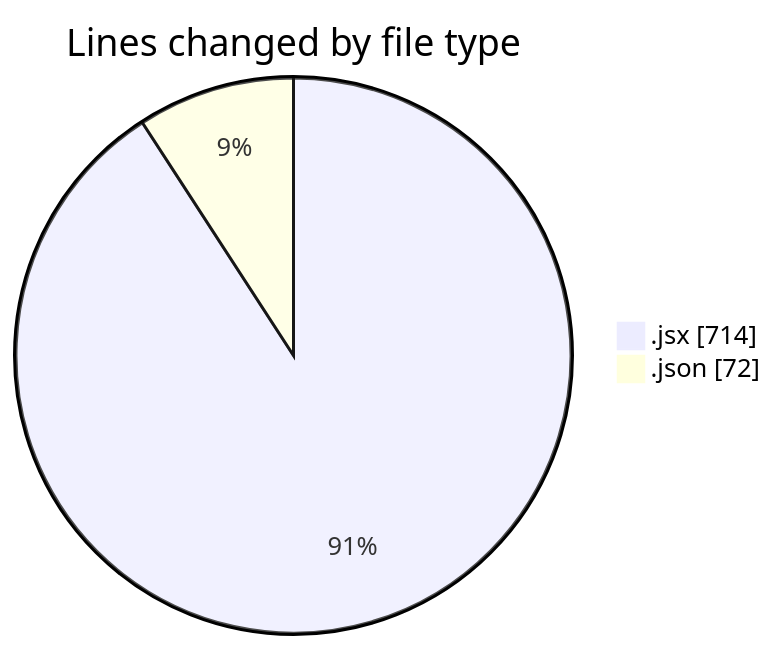
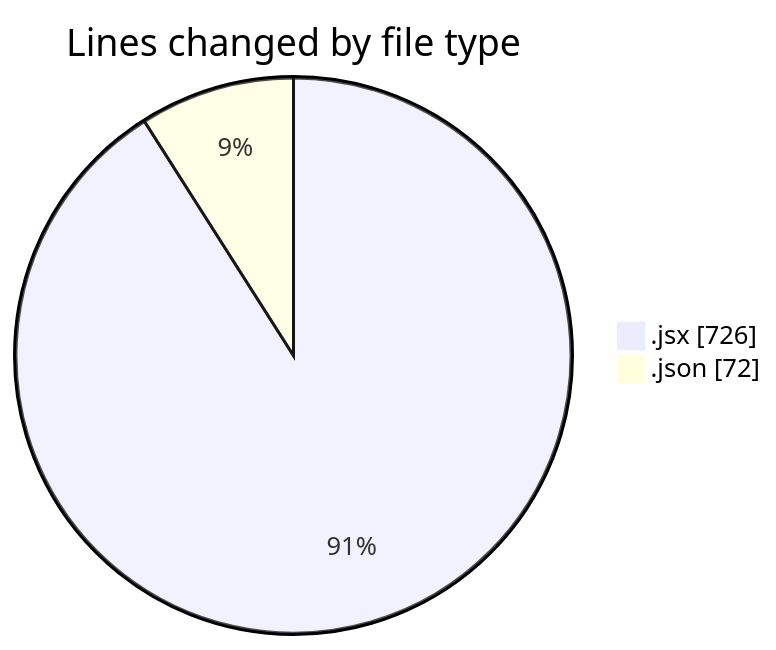
The first of 2 diagrams in 2026-03-19/commonwealth-front-end-task/README.md (momahboobian/code-tracking), drawn with Mermaid before and after one commit. The commit also changed other lines of this file and 1 other file, not shown here.

````diff
--- a/2026-03-19/commonwealth-front-end-task/README.md
+++ b/2026-03-19/commonwealth-front-end-task/README.md
@@ -23,6 +23,6 @@
 ```mermaid
 pie showData
 title Lines changed by file type
-".jsx" : 714
+".jsx" : 726
 ".json" : 72
 ```
````
